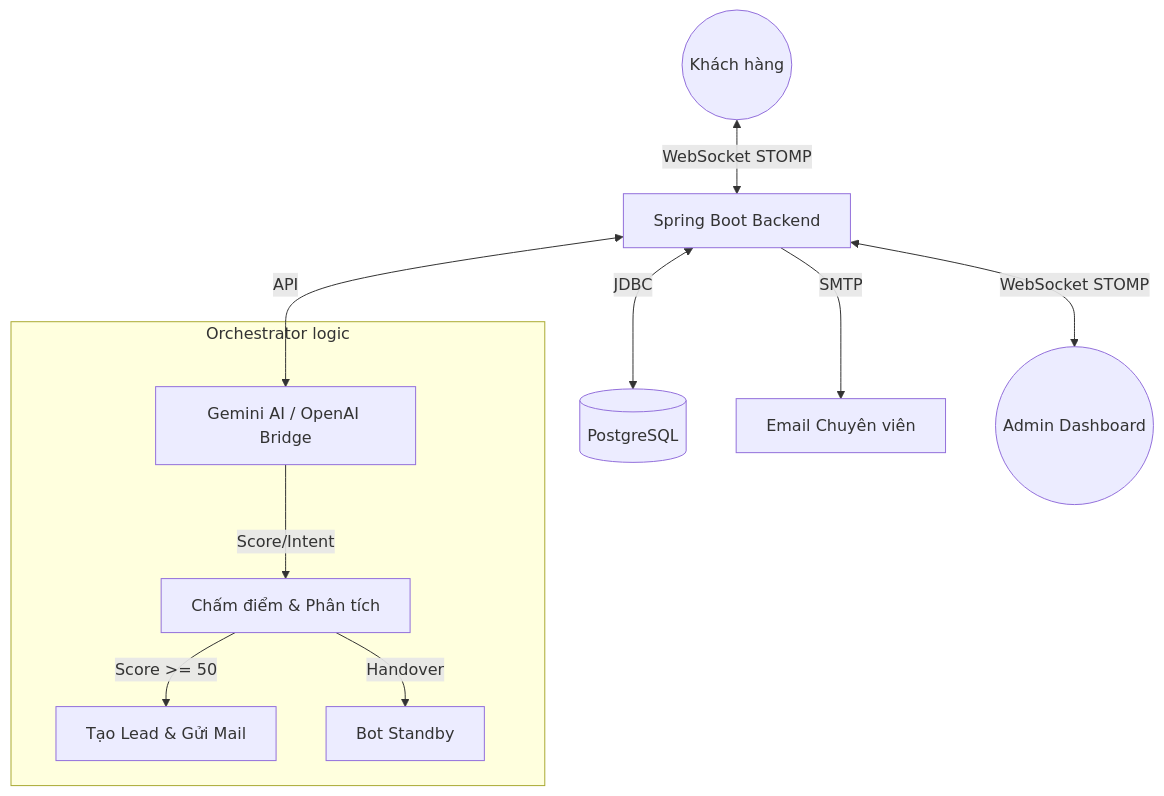
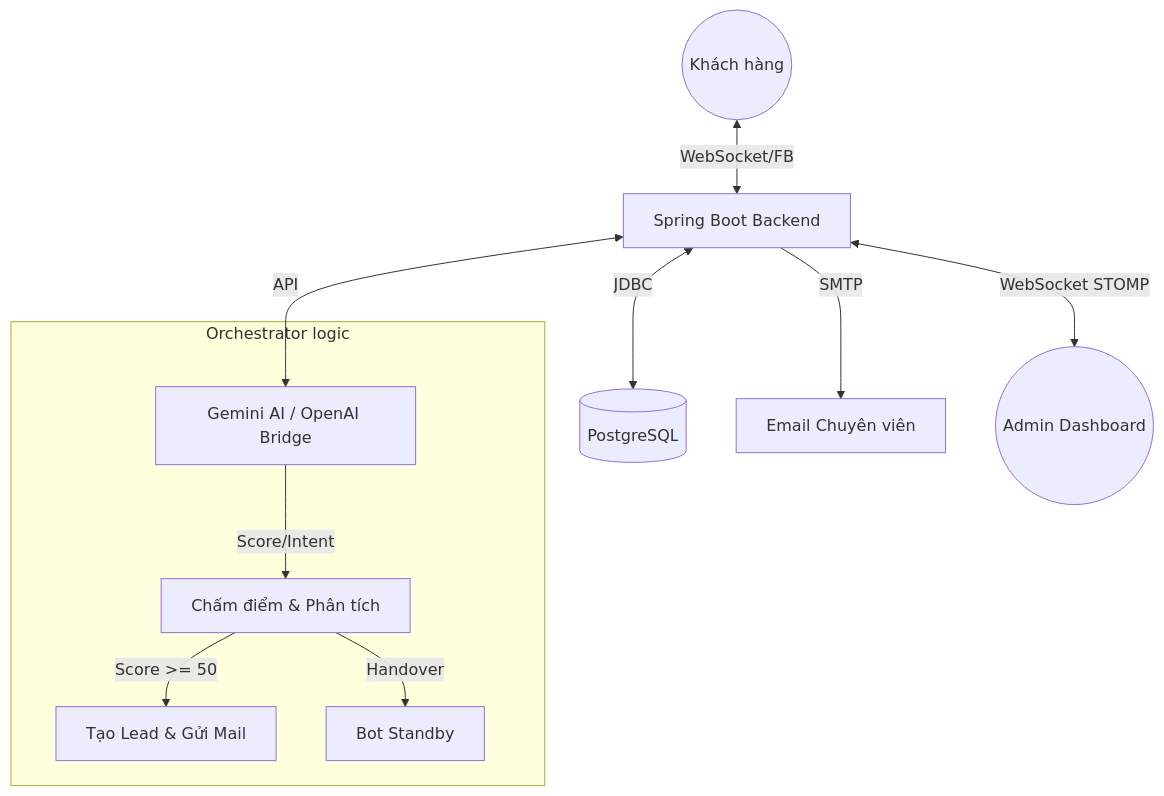
One commit to quangnguyenviet/SMARTAGENT-HYBRID-SUPPORT changed the diagram in README.md. Above: the diagram before and after it, drawn with Mermaid. The commit also changed other lines of this file and 5 other files, not shown here.

````diff
--- a/README.md
+++ b/README.md
@@ -49,14 +51,14 @@
 ```mermaid
 graph TD
-    User((Khách hàng)) <-->|WebSocket STOMP| Server[Spring Boot Backend]
+    User((Khách hàng)) <-->|WebSocket/FB| Server[Spring Boot Backend]
     Server <-->|API| AI[Gemini AI / OpenAI Bridge]
     Server <-->|JDBC| DB[(PostgreSQL)]
     Server -->|SMTP| Email[Email Chuyên viên]
     Server <-->|WebSocket STOMP| Admin((Admin Dashboard))
     
     subgraph Orchestrator logic
     AI -->|Score/Intent| Scoring[Chấm điểm & Phân tích]
     Scoring -->|Score >= 50| Lead[Tạo Lead & Gửi Mail]
     Scoring -->|Handover| BotOff[Bot Standby]
     end
 ```
````
